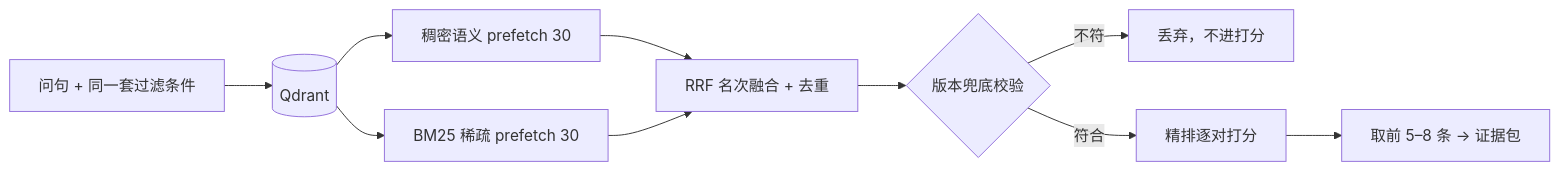
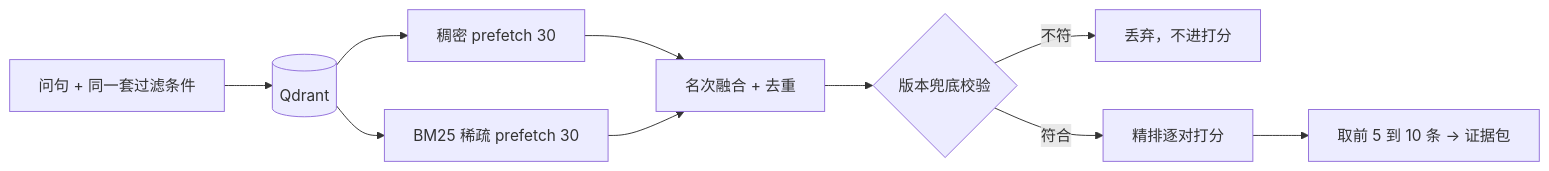
One commit to kvchen95/ai-rag changed diagram 11 of 16 in 详细设计.md. Above: the diagram before and after it, drawn with Mermaid. The commit also changed other lines of this file and 4 other files, not shown here.

First line of the commit message:
docs: 按当前实现重写架构图集、概要设计与详细设计

````diff
--- a/详细设计.md
+++ b/详细设计.md
@@ -558,12 +580,12 @@
 ```mermaid
 flowchart LR
     Q["问句 + 同一套过滤条件"] --> QD[("Qdrant")]
-    QD --> D["稠密语义 prefetch 30"]
+    QD --> D["稠密 prefetch 30"]
     QD --> K["BM25 稀疏 prefetch 30"]
-    D --> M["RRF 名次融合 + 去重"]
+    D --> M["名次融合 + 去重"]
     K --> M
     M --> V{"版本兜底校验"}
     V -- "不符" --> X["丢弃，不进打分"]
     V -- "符合" --> R["精排逐对打分"]
-    R --> P["取前 5–8 条 → 证据包"]
+    R --> P["取前 5 到 10 条 → 证据包"]
 ```
````
